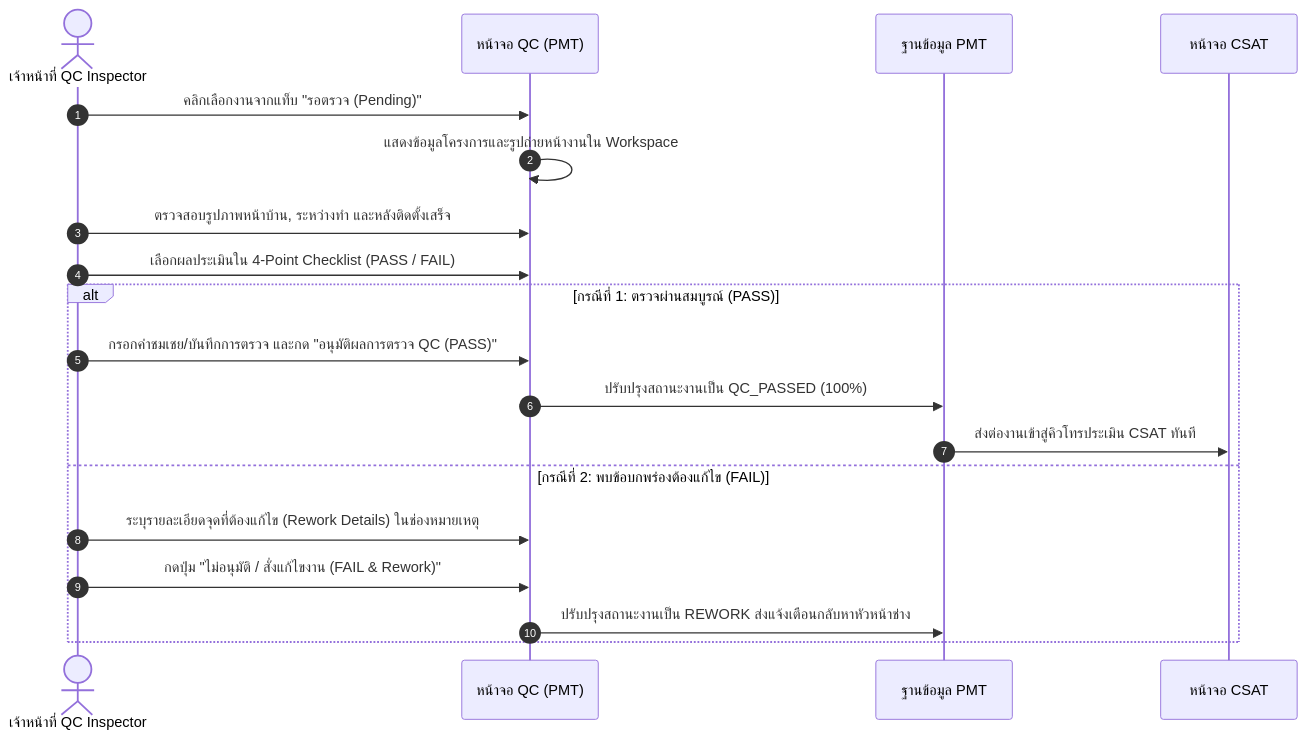
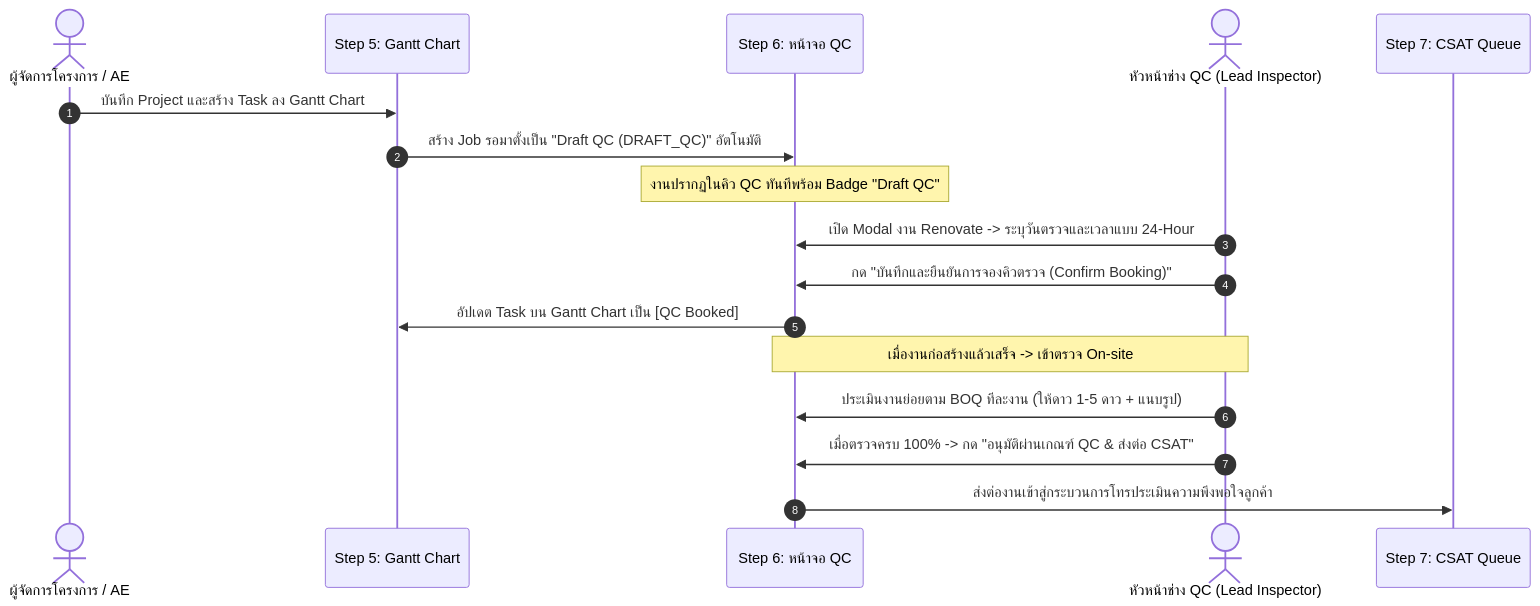
One commit to isarachootip/pmt_flow changed the third of 4 diagrams in doc/คู่มือการใช้งาน_Step6_ตรวจรับรองคุณภาพQC.md. Above: the diagram before and after it, drawn with Mermaid. The commit also changed other lines of this file and 3 other files, not shown here.

````diff
--- a/doc/คู่มือการใช้งาน_Step6_ตรวจรับรองคุณภาพQC.md
+++ b/doc/คู่มือการใช้งาน_Step6_ตรวจรับรองคุณภาพQC.md
@@ -95,22 +101,20 @@
 ```mermaid
 sequenceDiagram
     autonumber
-    actor QC as เจ้าหน้าที่ QC Inspector
-    participant UI as หน้าจอ QC (PMT)
-    participant DB as ฐานข้อมูล PMT
-    participant CSAT as หน้าจอ CSAT
+    actor PM as ผู้จัดการโครงการ / AE
+    participant Gantt as Step 5: Gantt Chart
+    participant QC as Step 6: หน้าจอ QC
+    actor Lead as หัวหน้าช่าง QC (Lead Inspector)
+    participant CSAT as Step 7: CSAT Queue
 
-    QC->>UI: คลิกเลือกงานจากแท็บ "รอตรวจ (Pending)"
-    UI->>UI: แสดงข้อมูลโครงการและรูปถ่ายหน้างานใน Workspace
-    QC->>UI: ตรวจสอบรูปภาพหน้าบ้าน, ระหว่างทำ และหลังติดตั้งเสร็จ
-    QC->>UI: เลือกผลประเมินใน 4-Point Checklist (PASS / FAIL)
-    alt กรณีที่ 1: ตรวจผ่านสมบูรณ์ (PASS)
-        QC->>UI: กรอกคำชมเชย/บันทึกการตรวจ และกด "อนุมัติผลการตรวจ QC (PASS)"
-        UI->>DB: ปรับปรุงสถานะงานเป็น QC_PASSED (100%)
-        DB->>CSAT: ส่งต่องานเข้าสู่คิวโทรประเมิน CSAT ทันที
-    else กรณีที่ 2: พบข้อบกพร่องต้องแก้ไข (FAIL)
-        QC->>UI: ระบุรายละเอียดจุดที่ต้องแก้ไข (Rework Details) ในช่องหมายเหตุ
-        QC->>UI: กดปุ่ม "ไม่อนุมัติ / สั่งแก้ไขงาน (FAIL & Rework)"
-        UI->>DB: ปรับปรุงสถานะงานเป็น REWORK ส่งแจ้งเตือนกลับหาหัวหน้าช่าง
-    end
+    PM->>Gantt: บันทึก Project และสร้าง Task ลง Gantt Chart
+    Gantt->>QC: สร้าง Job รอมาตั้งเป็น "Draft QC (DRAFT_QC)" อัตโนมัติ
+    Note over QC: งานปรากฏในคิว QC ทันทีพร้อม Badge "Draft QC"
+    Lead->>QC: เปิด Modal งาน Renovate -> ระบุวันตรวจและเวลาแบบ 24-Hour
+    Lead->>QC: กด "บันทึกและยืนยันการจองคิวตรวจ (Confirm Booking)"
+    QC->>Gantt: อัปเดต Task บน Gantt Chart เป็น [QC Booked]
+    Note over Lead,QC: เมื่องานก่อสร้างแล้วเสร็จ -> เข้าตรวจ On-site
+    Lead->>QC: ประเมินงานย่อยตาม BOQ ทีละงาน (ให้ดาว 1-5 ดาว + แนบรูป)
+    Lead->>QC: เมื่อตรวจครบ 100% -> กด "อนุมัติผ่านเกณฑ์ QC & ส่งต่อ CSAT"
+    QC->>CSAT: ส่งต่องานเข้าสู่กระบวนการโทรประเมินความพึงพอใจลูกค้า
 ```
````
